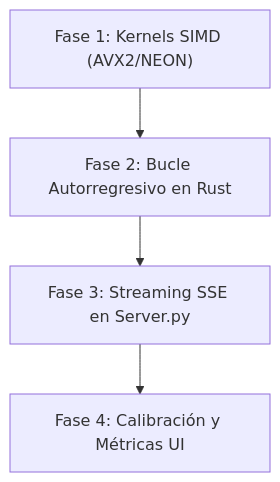
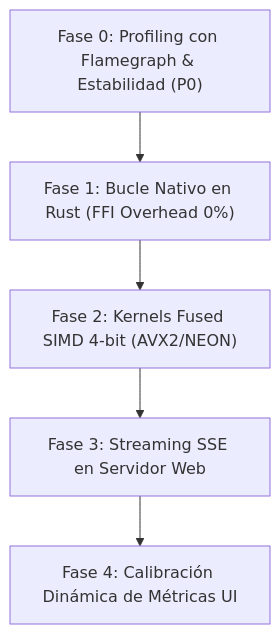
Before and after one commit to erickaguilar/gaje-semantic-compression: the diagram in docs/plans/OPTIMIZATION_PHASE_V0.9.6.md, drawn with Mermaid. The commit also changed other lines of this file, not shown here.

Commit message:
docs(plans): update v0.9.6 roadmap with Phase 0 Profiling, single FFI call, fused SIMD and regression verification

````diff
--- a/docs/plans/OPTIMIZATION_PHASE_V0.9.6.md
+++ b/docs/plans/OPTIMIZATION_PHASE_V0.9.6.md
@@ -13,6 +11,7 @@
 ```mermaid
 graph TD
-    F1["Fase 1: Kernels SIMD (AVX2/NEON)"] --> F2["Fase 2: Bucle Autorregresivo en Rust"]
-    F2 --> F3["Fase 3: Streaming SSE en Server.py"]
-    F3 --> F4["Fase 4: Calibración y Métricas UI"]
+    P0["Fase 0: Profiling con Flamegraph & Estabilidad (P0)"] --> P1["Fase 1: Bucle Nativo en Rust (FFI Overhead 0%)"]
+    P1 --> P2["Fase 2: Kernels Fused SIMD 4-bit (AVX2/NEON)"]
+    P2 --> P3["Fase 3: Streaming SSE en Servidor Web"]
+    P3 --> P4["Fase 4: Calibración Dinámica de Métricas UI"]
 ```
````
